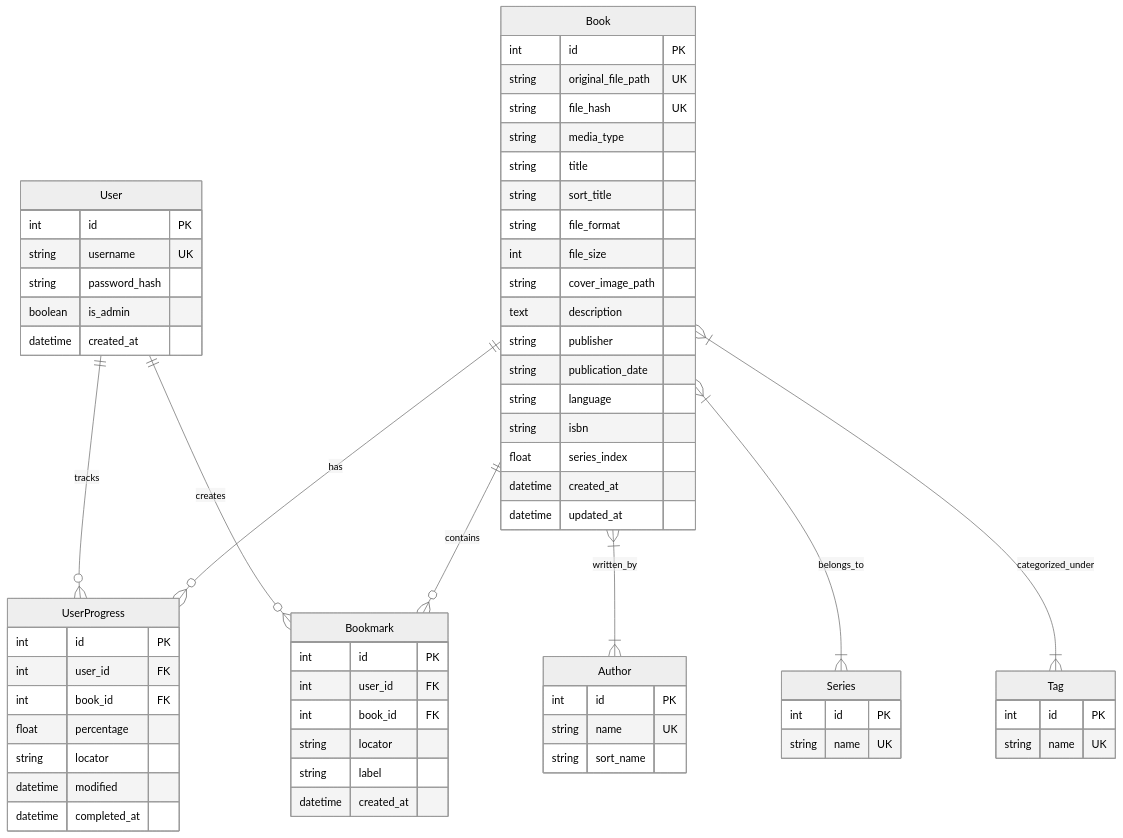
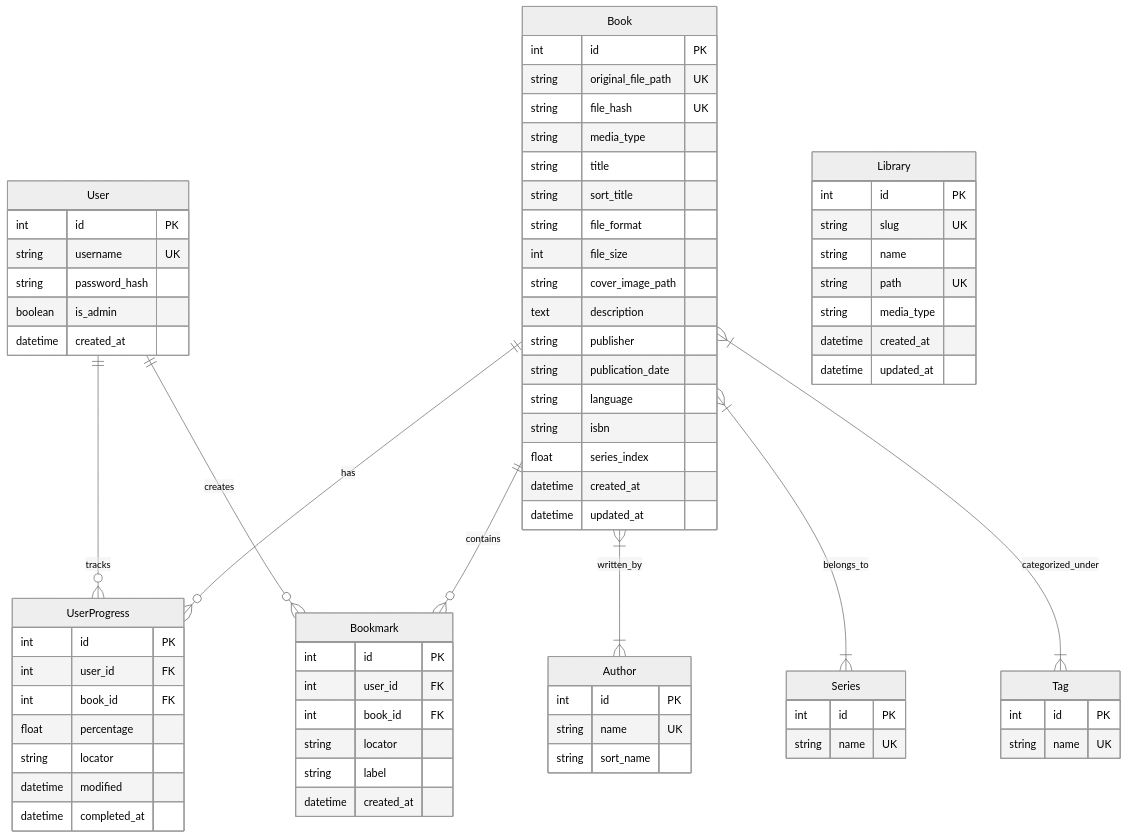
One commit to syfq91/aarkib changed the fourth of 4 diagrams in design.md. Above: the diagram before and after it, drawn with Mermaid (neutral theme). The commit also changed other lines of this file and 2 other files, not shown here.

Commit message:
docs: update system design, agent guide, and README with generic media folders and video features

```diff
--- a/design.md
+++ b/design.md
@@ -258,6 +269,16 @@
     Book }|--|{ Author : "written_by"
     Book }|--|{ Series : "belongs_to"
     Book }|--|{ Tag : "categorized_under"
+
+    Library {
+        int id PK
+        string slug UK
+        string name
+        string path UK
+        string media_type
+        datetime created_at
+        datetime updated_at
+    }
 
     User {
         int id PK
```
